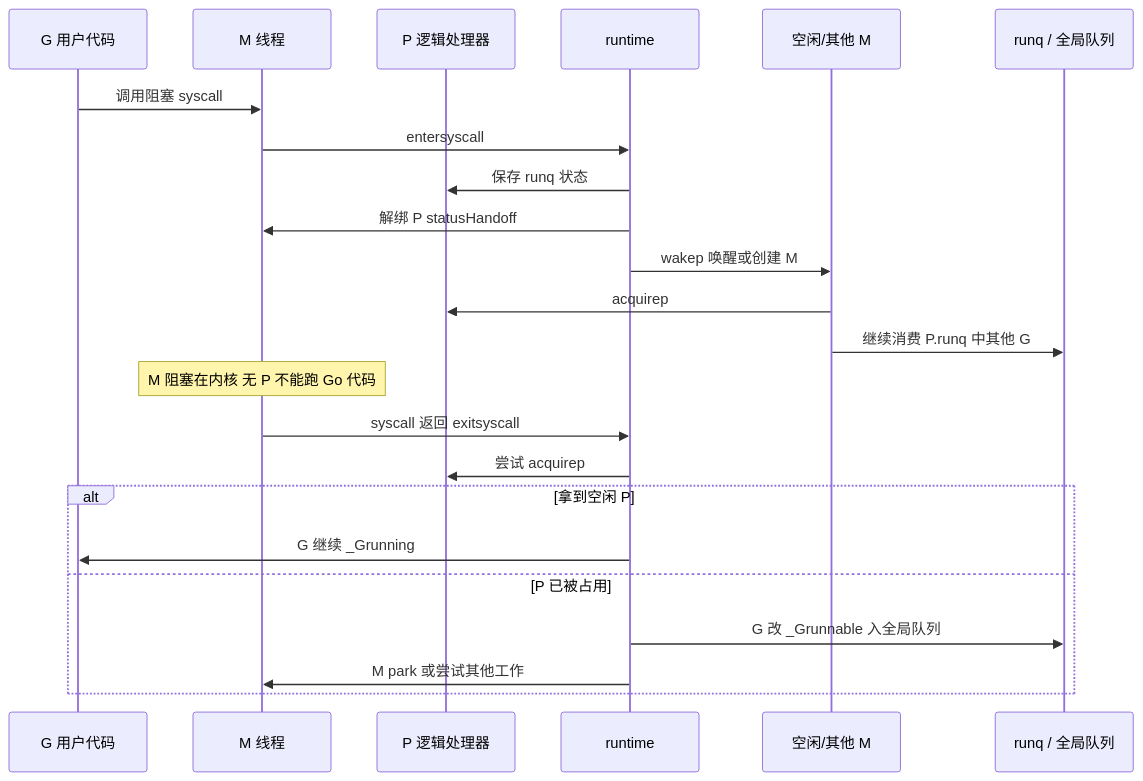
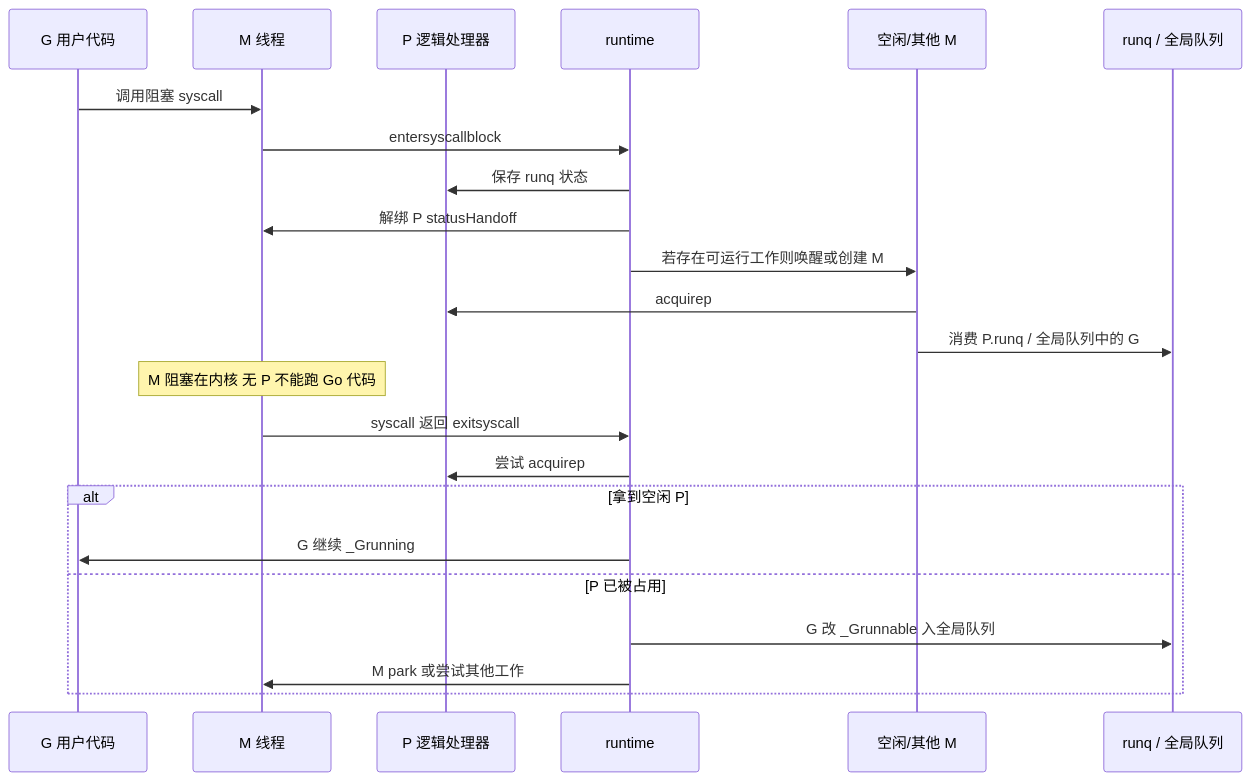
One commit to twodog-tt/Golang-development-manual changed the sixth of 12 diagrams in docs/interview/01-runtime-concurrency/S-CONC-02-gmp-roles.md. Above: the diagram before and after it, drawn with Mermaid. The commit also changed other lines of this file and 438 other files, not shown here.

````diff
--- a/docs/interview/01-runtime-concurrency/S-CONC-02-gmp-roles.md
+++ b/docs/interview/01-runtime-concurrency/S-CONC-02-gmp-roles.md
@@ -214,26 +222,26 @@
 ```mermaid
 sequenceDiagram
   participant G as G 用户代码
   participant M as M 线程
   participant P as P 逻辑处理器
   participant RT as runtime
   participant M2 as 空闲/其他 M
   participant Q as runq / 全局队列
 
   G->>M: 调用阻塞 syscall
-  M->>RT: entersyscall
+  M->>RT: entersyscallblock
   RT->>P: 保存 runq 状态
   RT->>M: 解绑 P statusHandoff
-  RT->>M2: wakep 唤醒或创建 M
+  RT->>M2: 若存在可运行工作则唤醒或创建 M
   M2->>P: acquirep
-  M2->>Q: 继续消费 P.runq 中其他 G
+  M2->>Q: 消费 P.runq / 全局队列中的 G
   Note over M: M 阻塞在内核 无 P 不能跑 Go 代码
   M->>RT: syscall 返回 exitsyscall
   RT->>P: 尝试 acquirep
   alt 拿到空闲 P
     RT->>G: G 继续 _Grunning
   else P 已被占用
     RT->>Q: G 改 _Grunnable 入全局队列
     RT->>M: M park 或尝试其他工作
   end
 ```
````
